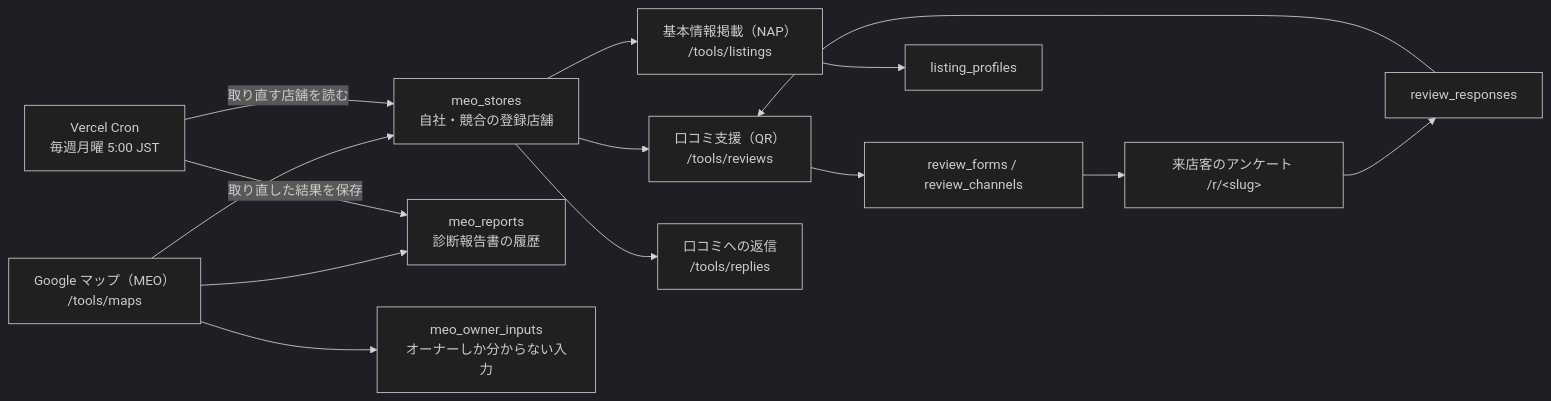
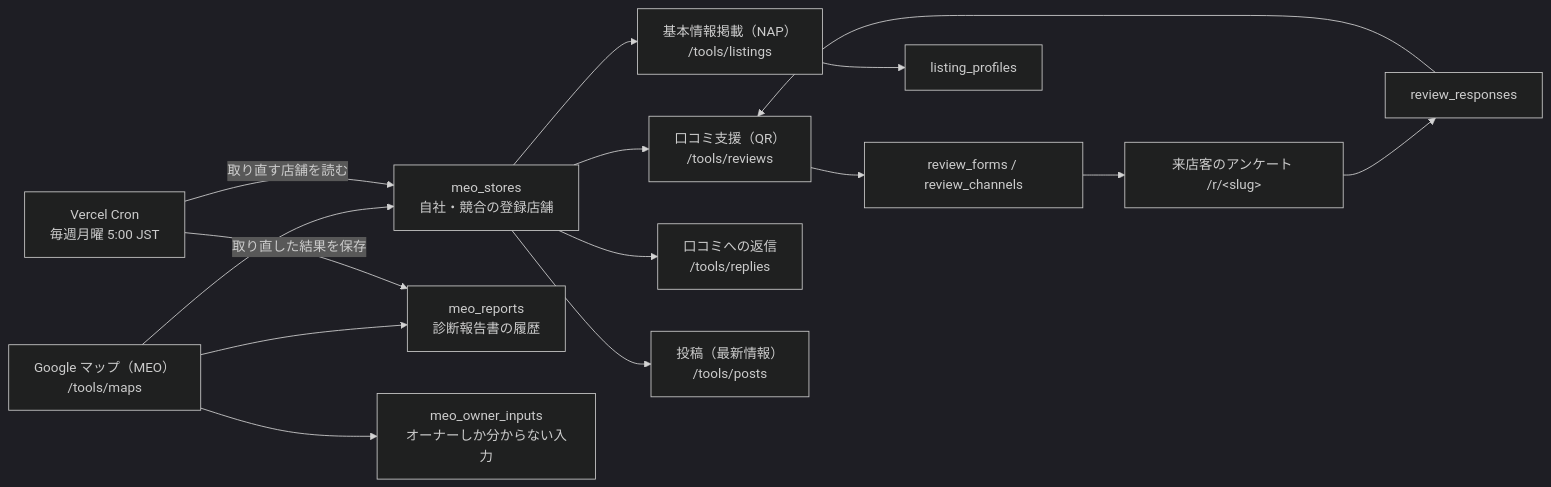
The fourth of 4 diagrams in docs/dev/tool-map.md (matsu609/seo-checker), drawn with Mermaid (dark theme) before and after one commit. The commit also changed other lines of this file and 17 other files, not shown here.

````diff
--- a/docs/dev/tool-map.md
+++ b/docs/dev/tool-map.md
@@ -191,16 +192,17 @@
 ```mermaid
 flowchart LR
   MAPS["Google マップ（MEO）<br/>/tools/maps"] --> ST["meo_stores<br/>自社・競合の登録店舗"]
   MAPS --> RP["meo_reports<br/>診断報告書の履歴"]
   MAPS --> OI["meo_owner_inputs<br/>オーナーしか分からない入力"]
   ST --> REV["口コミ支援（QR）<br/>/tools/reviews"]
   ST --> LST["基本情報掲載（NAP）<br/>/tools/listings"]
   ST --> REP["口コミへの返信<br/>/tools/replies"]
+  ST --> PST["投稿（最新情報）<br/>/tools/posts"]
   REV --> RF["review_forms / review_channels"]
   RF --> QR["来店客のアンケート /r/&lt;slug&gt;"]
   QR --> RR["review_responses"]
   RR --> REV
   LST --> LP["listing_profiles"]
   CRON["Vercel Cron<br/>毎週月曜 5:00 JST"] -->|"取り直す店舗を読む"| ST
   CRON -->|"取り直した結果を保存"| RP
 ```
````
